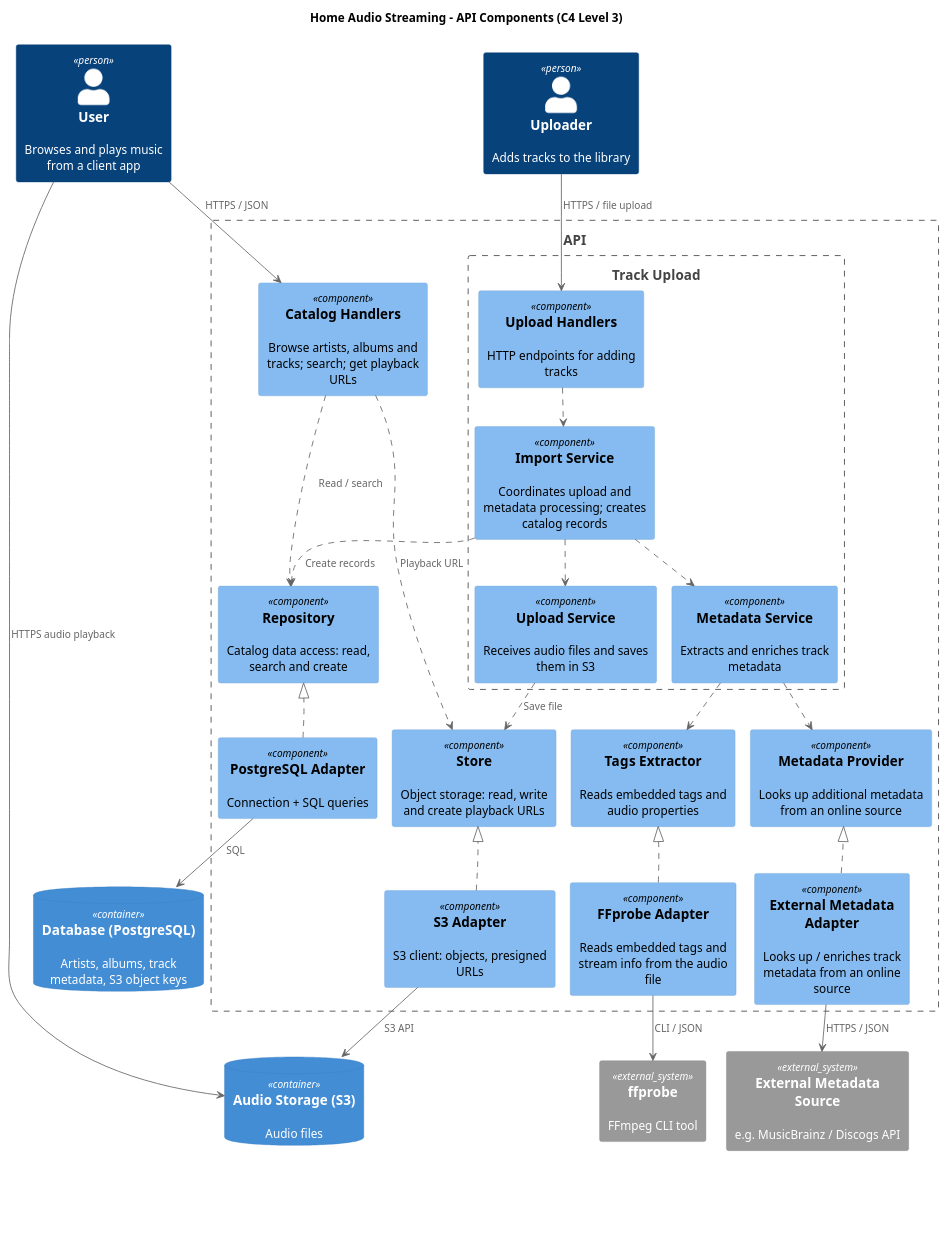
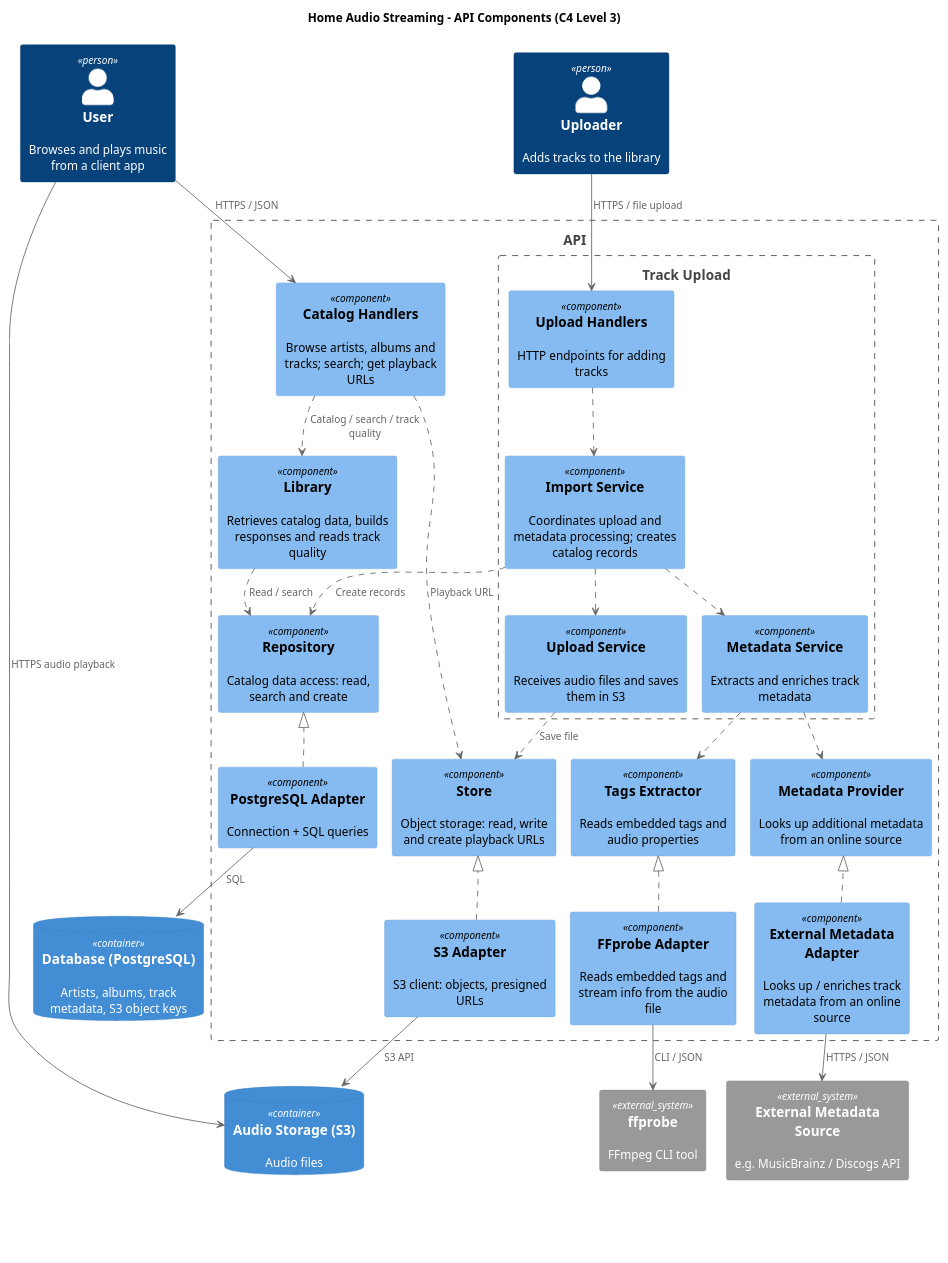
The diagram in docs/api-components.puml (Ibaaan/audio-streaming), drawn with PlantUML before and after one commit.

Commit message:
add library service

```diff
--- a/docs/api-components.puml
+++ b/docs/api-components.puml
@@ -1,84 +1,86 @@
 @startuml
 !pragma layout smetana
 !include <C4/C4_Component>
 
 LAYOUT_TOP_DOWN()
 
 title Home Audio Streaming - API Components (C4 Level 3)
 
 Person(user, "User", "Browses and plays music from a client app")
 Person(uploader, "Uploader", "Adds tracks to the library")
 
 Boundary(api, "API", "") {
   Component(catalogHandlers, "Catalog Handlers", "", "Browse artists, albums and tracks; search; get playback URLs")
+  Component(library, "Library", "", "Retrieves catalog data, builds responses and reads track quality")
 
   Boundary(upload, "Track Upload", "") {
     Component(uploadHandlers, "Upload Handlers", "", "HTTP endpoints for adding tracks")
     Component(uploadService, "Upload Service", "", "Receives audio files and saves them in S3")
     Component(metadataService, "Metadata Service", "", "Extracts and enriches track metadata")
     Component(importService, "Import Service", "", "Coordinates upload and metadata processing; creates catalog records")
   }
 
   Component(repo, "Repository", "", "Catalog data access: read, search and create")
   Component(store, "Store", "", "Object storage: read, write and create playback URLs")
   Component(tags, "Tags Extractor", "", "Reads embedded tags and audio properties")
   Component(metadataProvider, "Metadata Provider", "", "Looks up additional metadata from an online source")
 
   Component(postgresAdapter, "PostgreSQL Adapter", "", "Connection + SQL queries")
   Component(s3Adapter, "S3 Adapter", "", "S3 client: objects, presigned URLs")
   Component(ffprobeAdapter, "FFprobe Adapter", "", "Reads embedded tags and stream info from the audio file")
   Component(externalAdapter, "External Metadata Adapter", "", "Looks up / enriches track metadata from an online source")
 }
 
 ContainerDb(db, "Database (PostgreSQL)", "", "Artists, albums, track metadata, S3 object keys")
 ContainerDb(s3, "Audio Storage (S3)", "", "Audio files")
 System_Ext(ffprobe, "ffprobe", "FFmpeg CLI tool")
 System_Ext(metaApi, "External Metadata Source", "e.g. MusicBrainz / Discogs API")
 
 user --> catalogHandlers : HTTPS / JSON
 uploader --> uploadHandlers : HTTPS / file upload
 
-catalogHandlers ..> repo : Read / search
+catalogHandlers ..> library : Catalog / search / track quality
+library ..> repo : Read / search
 catalogHandlers ..> store : Playback URL
 uploadHandlers ..> importService
 importService ..> uploadService
 importService ..> metadataService
 importService ..> repo : Create records
 uploadService ..> store : Save file
 metadataService ..> tags
 metadataService ..> metadataProvider
 
 repo <|.up. postgresAdapter
 store <|.up. s3Adapter
 tags <|.up. ffprobeAdapter
 metadataProvider <|.up. externalAdapter
 
 postgresAdapter --> db : SQL
 s3Adapter --> s3 : S3 API
 ffprobeAdapter --> ffprobe : CLI / JSON
 externalAdapter --> metaApi : HTTPS / JSON
 user --> s3 : HTTPS audio playback
 
 repo -[hidden]down- postgresAdapter
 store -[hidden]down- s3Adapter
 tags -[hidden]down- ffprobeAdapter
 metadataProvider -[hidden]down- externalAdapter
 
 Lay_R(catalogHandlers, uploadHandlers)
 Lay_R(repo, store)
 Lay_R(store, tags)
 Lay_R(tags, metadataProvider)
 Lay_R(postgresAdapter, s3Adapter)
 Lay_R(s3Adapter, ffprobeAdapter)
 Lay_R(ffprobeAdapter, externalAdapter)
 Lay_R(db, s3)
 Lay_R(s3, ffprobe)
 Lay_R(ffprobe, metaApi)
 
 legend bottom
   |= Symbol |= Meaning |
   | ..> | Dependency |
   | ..\|> | Interface realization |
   | --> | Interaction |
 endlegend
 @enduml
```
